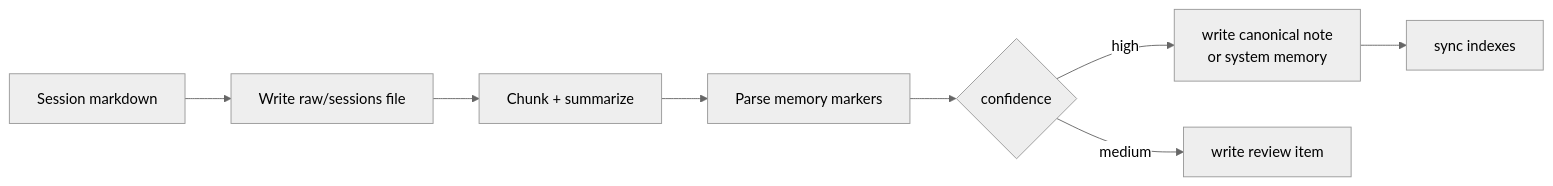
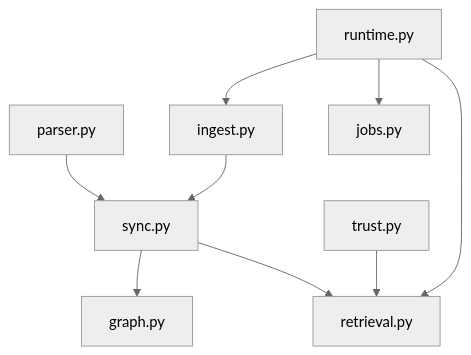
One commit to Jianyu010/MnemonicOS changed the eighth of 8 diagrams in README.md. Above: the diagram before and after it, drawn with Mermaid (neutral theme). The commit also changed other lines of this file and 15 other files, not shown here.

````diff
--- a/README.md
+++ b/README.md
@@ -191,10 +215,11 @@
 ```mermaid
-flowchart LR
-    A["Session markdown"] --> B["Write raw/sessions file"]
-    B --> C["Chunk + summarize"]
-    C --> D["Parse memory markers"]
-    D --> E{"confidence"}
-    E -->|high| F["write canonical note<br/>or system memory"]
-    E -->|medium| G["write review item"]
-    F --> H["sync indexes"]
+flowchart TD
+    A["parser.py"] --> B["sync.py"]
+    C["ingest.py"] --> B
+    B --> D["graph.py"]
+    B --> E["retrieval.py"]
+    F["trust.py"] --> E
+    G["runtime.py"] --> E
+    G --> C
+    G --> H["jobs.py"]
 ```
````
